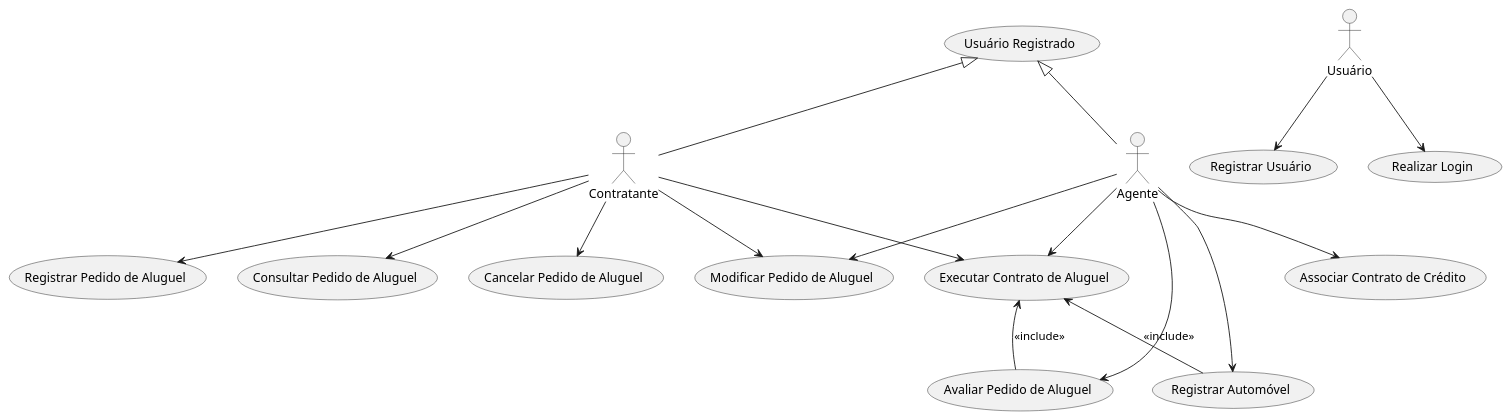
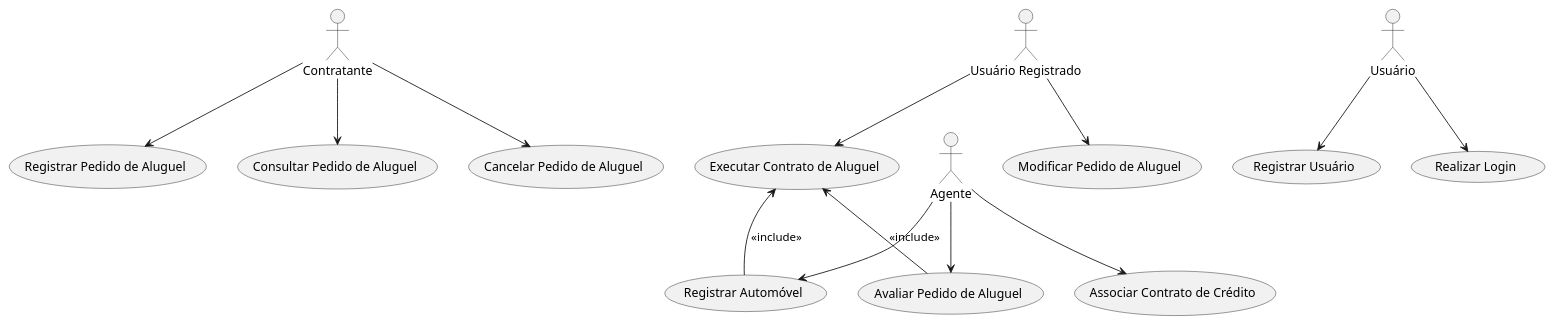
One commit to diascw/sistema-aluguel-de-carros changed the diagram in projeto/Diagramas/diagrama-caso-de-uso.puml. Above: the diagram before and after it, drawn with PlantUML.

Commit message:
atualizando diagrama

```diff
--- a/projeto/Diagramas/diagrama-caso-de-uso.puml
+++ b/projeto/Diagramas/diagrama-caso-de-uso.puml
@@ -1,40 +1,37 @@
 @startuml
 top to bottom direction
 
 actor Contratante
 actor Agente
 actor Usuário
-
-(Usuário Registrado) <|-- (Contratante)
-(Usuário Registrado) <|-- (Agente)
+actor "Usuário Registrado"
 
 (Registrar Usuário) 
 (Realizar Login)
 
 (Registrar Pedido de Aluguel)
 (Modificar Pedido de Aluguel)
 (Consultar Pedido de Aluguel)
 (Cancelar Pedido de Aluguel)
 (Executar Contrato de Aluguel)
 (Avaliar Pedido de Aluguel)
 (Registrar Automóvel)
 (Associar Contrato de Crédito)
 
 Usuário --> (Registrar Usuário)
 Usuário --> (Realizar Login)
 
 Contratante --> (Registrar Pedido de Aluguel)
-Contratante --> (Modificar Pedido de Aluguel)
 Contratante --> (Consultar Pedido de Aluguel)
 Contratante --> (Cancelar Pedido de Aluguel)
-Contratante --> (Executar Contrato de Aluguel)
 
 Agente --> (Avaliar Pedido de Aluguel)
-Agente --> (Modificar Pedido de Aluguel)
-Agente --> (Executar Contrato de Aluguel)
 Agente --> (Registrar Automóvel)
 Agente --> (Associar Contrato de Crédito)
+
+"Usuário Registrado" --> (Executar Contrato de Aluguel)
+"Usuário Registrado" --> (Modificar Pedido de Aluguel)
 
 (Executar Contrato de Aluguel) <-- (Avaliar Pedido de Aluguel): <<include>>
 (Executar Contrato de Aluguel) <-- (Registrar Automóvel): <<include>>
 @enduml
```
